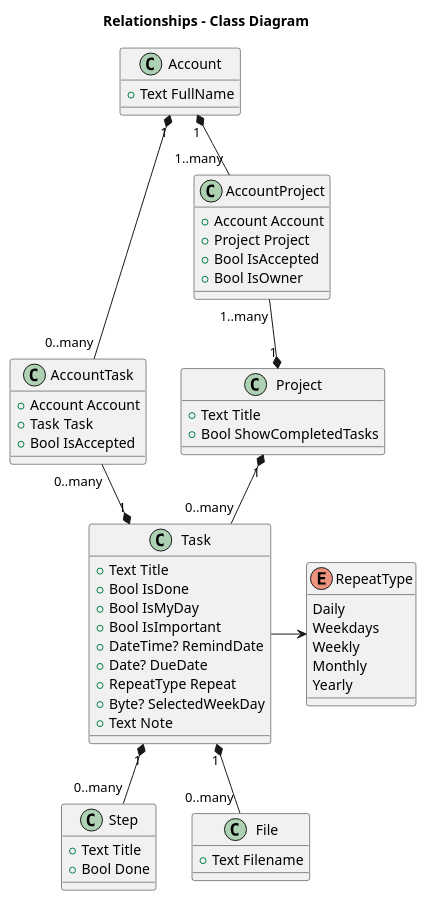
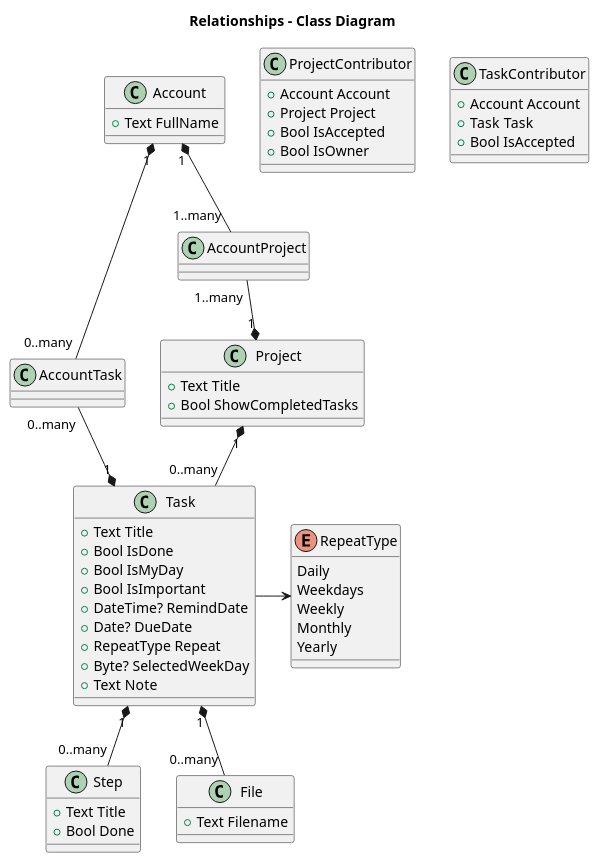
One commit to Task-Manager-Software/Documents changed the diagram in Model/Model.puml. Above: the diagram before and after it, drawn with PlantUML.

Commit message:
some class name changes

```diff
--- a/Model/Model.puml
+++ b/Model/Model.puml
@@ -1,68 +1,68 @@
 @startuml
 title Relationships - Class Diagram
 
 class Account {
     +Text FullName    
 }
 
 class Project {
     +Text Title
     +Bool ShowCompletedTasks
 }
 
-class AccountProject {
+class ProjectContributor {
     +Account Account
     +Project Project
     +Bool IsAccepted
     +Bool IsOwner
 }
 
-class AccountTask {
+class TaskContributor {
     +Account Account
     +Task Task
     +Bool IsAccepted
 }
 
 
 class Task {
     +Text Title
     +Bool IsDone
     +Bool IsMyDay
     +Bool IsImportant
     +DateTime? RemindDate
     +Date? DueDate
     +RepeatType Repeat
     +Byte? SelectedWeekDay
     +Text Note
 }
 
 class Step {
     +Text Title
     +Bool Done
 }
 
 class File {
     +Text Filename
 }
 
 enum RepeatType{
     Daily
     Weekdays
     Weekly
     Monthly
     Yearly
 }
 
 Account "1" *-down- "1..many" AccountProject
 Project "1" *-up- "1..many" AccountProject
 
 Account "1" *-down- "0..many" AccountTask
 Task    "1" *-up- "0..many" AccountTask
 
 Project "1" *-down- "0..many" Task
 
 Task "1" *-down- "0..many" File
 Task "1" *-down- "0..many" Step
 Task -> RepeatType
 
 @enduml
```
